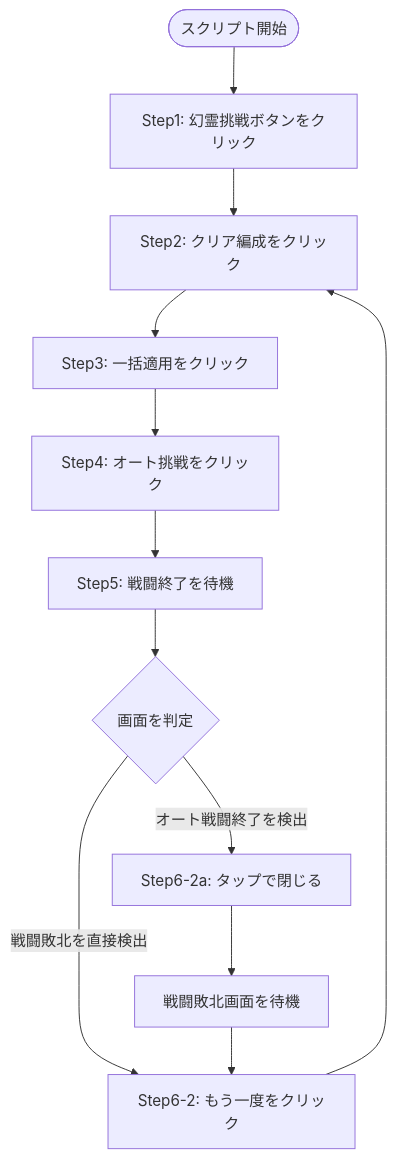
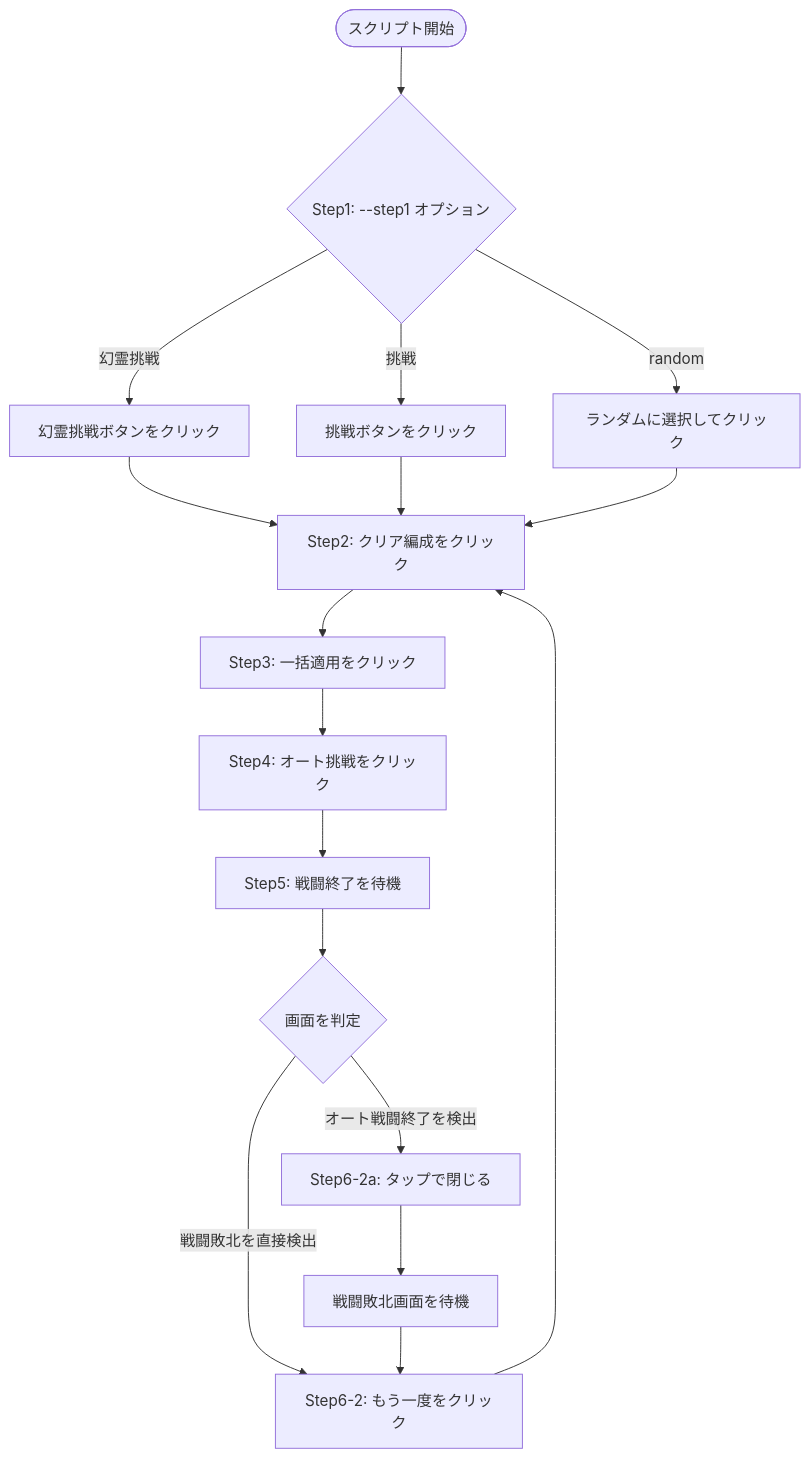
The diagram in README.md (joapippa/afkj_autoplay), drawn with Mermaid before and after one commit. The commit also changed other lines of this file and 5 other files, not shown here.

First line of the commit message:
Add --step1 option to select entry button (幻霊挑戦 / 挑戦 / random)

````diff
--- a/README.md
+++ b/README.md
@@ -24,14 +24,19 @@
 ```mermaid
 flowchart TD
-    A([スクリプト開始]) --> B[Step1: 幻霊挑戦ボタンをクリック]
-    B --> C[Step2: クリア編成をクリック]
+    A([スクリプト開始]) --> B{Step1: --step1 オプション}
+    B -->|幻霊挑戦| B1[幻霊挑戦ボタンをクリック]
+    B -->|挑戦| B2[挑戦ボタンをクリック]
+    B -->|random| B3[ランダムに選択してクリック]
+    B1 --> C[Step2: クリア編成をクリック]
+    B2 --> C
+    B3 --> C
     C --> D[Step3: 一括適用をクリック]
     D --> E[Step4: オート挑戦をクリック]
     E --> F[Step5: 戦闘終了を待機]
     F --> G{画面を判定}
     G -->|オート戦闘終了を検出| H[Step6-2a: タップで閉じる]
     G -->|戦闘敗北を直接検出| I[Step6-2: もう一度をクリック]
     H --> J[戦闘敗北画面を待機]
     J --> I
     I --> C
 ```
````
